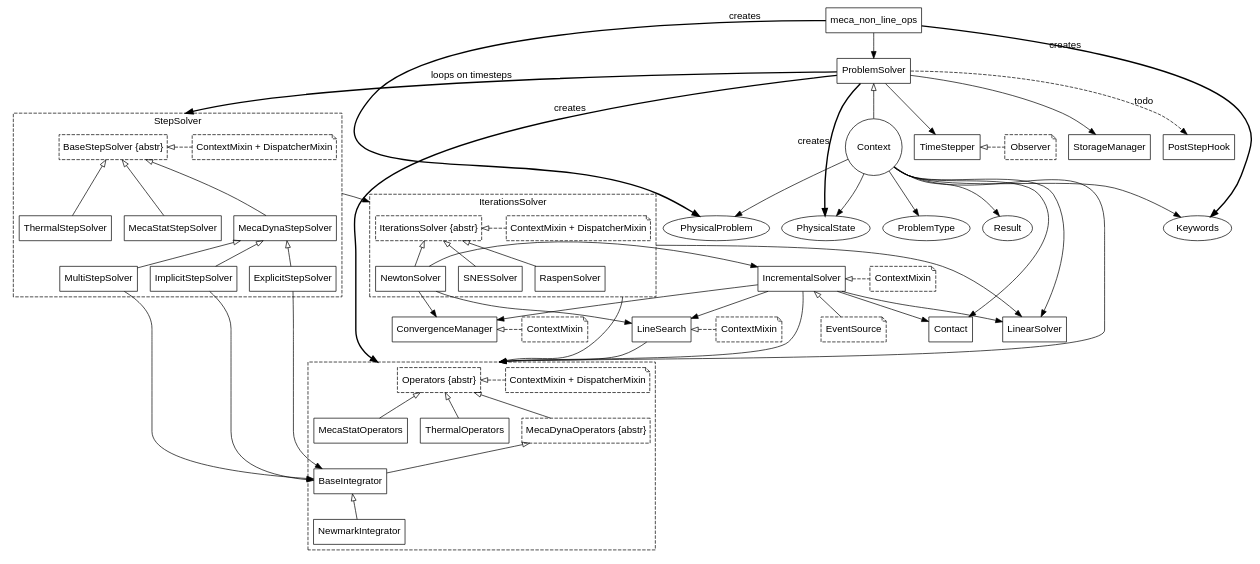
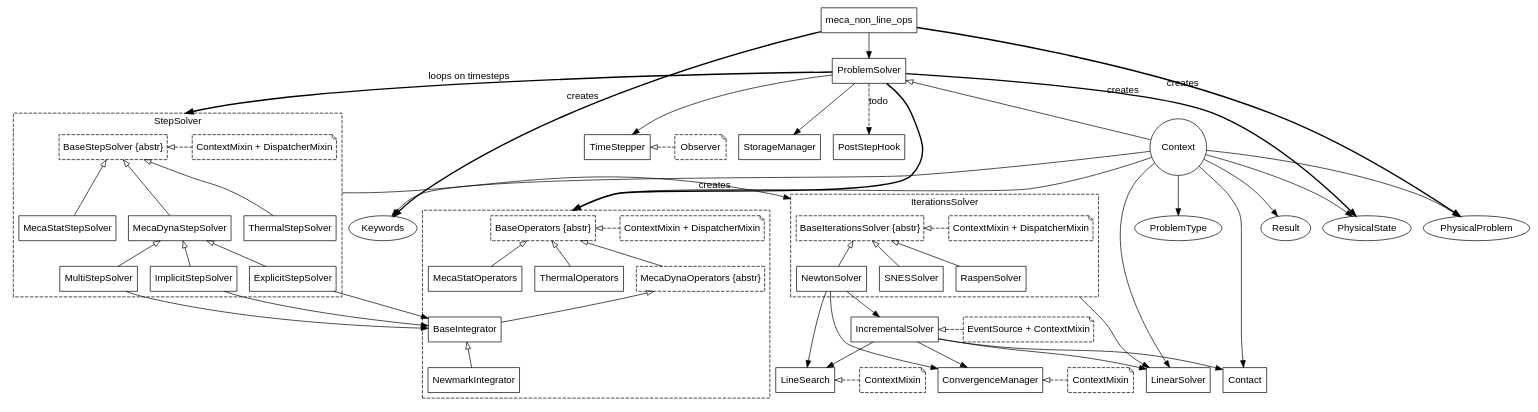
One commit to Krande/code-aster-copy changed the diagram in doc/img/mnl.dot. Above: the diagram before and after it, drawn with Graphviz. The commit also changed 25 other files, not shown here.

```diff
--- a/doc/img/mnl.dot
+++ b/doc/img/mnl.dot
@@ -1,174 +1,170 @@
 digraph MNL {
     compound = "true";
     // global+several pointers: circle
     // mixin: note, dashed
     // abstract: ' {abstr}', dashed
     labelloc = "t";
     fontname = "Helvetica,Arial,sans-serif";
     node [fontname = "Helvetica,Arial,sans-serif"; shape = "box";];
     edge [fontname = "Helvetica,Arial,sans-serif";];
     
     subgraph bases {
         keywords [label = "Keywords";shape = "ellipse";];
         problem [label = "PhysicalProblem";shape = "ellipse";];
         type [label = "ProblemType";shape = "ellipse";];
         state [label = "PhysicalState";shape = "ellipse";];
         result [label = "Result";shape = "ellipse";];
         contact [label = "Contact";];
         linsolv [label = "LinearSolver";];
         context [label = "Context";shape = "circle";];
         
         context -> problem;
         context -> type;
         context -> keywords;
         context -> state;
         context -> result;
         context -> operators [lhead = cluster_operators;];
         context -> contact;
         context -> linsolv;
     }
     
     mnl [label = "meca_non_line_ops";];
     pbsolv [label = "ProblemSolver";];
     timestepper [label = "TimeStepper";];
     storage [label = "StorageManager";];
     hook [label = "PostStepHook";];
     
     observ [label = "Observer";style = "dashed";shape = "note";];
-    event [label = "EventSource";style = "dashed";shape = "note";];
+    // event [label = "EventSource";style = "dashed";shape = "note";];
     
     subgraph cluster_operators {
         subgraph {
             rank = "same";
-            operators [label = "Operators {abstr}";style = "dashed";];
+            operators [label = "BaseOperators {abstr}";style = "dashed";];
             mixin_oper [label = "ContextMixin + DispatcherMixin";style = "dashed";shape = "note";];
             operators -> mixin_oper [dir = "back"; style = "dashed"; arrowtail = "empty";];
         }
         style = "dashed";
         subgraph {
             rank = "same";
             statopers [label = "MecaStatOperators";];
             theropers [label = "ThermalOperators";];
             dynopers [label = "MecaDynaOperators {abstr}";style = "dashed";];
         }
         integr [label = BaseIntegrator;];
         newmark [label = NewmarkIntegrator;];
         
         // subclasses
         operators -> statopers [dir = "back"; arrowtail = "empty";];
         operators -> dynopers [dir = "back"; arrowtail = "empty";];
         operators -> theropers [dir = "back"; arrowtail = "empty";];
         
         dynopers -> integr [dir = "back"; arrowtail = "empty";];
         integr -> newmark [dir = "back"; arrowtail = "empty";];
     }
     
     subgraph cluster_stepsolv {
         label = "StepSolver";
         style = "dashed";
         subgraph {
             rank = "same";
             mecastat [label = "MecaStatStepSolver";];
             mecadyn [label = "MecaDynaStepSolver";];
             ther [label = "ThermalStepSolver";];
         }
         subgraph {
             rank = "same";
             stepsolv [label = "BaseStepSolver {abstr}";style = "dashed";];
             mixin_step [label = "ContextMixin + DispatcherMixin";style = "dashed";shape = "note";];
             stepsolv -> mixin_step [dir = "back"; style = "dashed"; arrowtail = "empty";];
         }
         // subclasses
         stepsolv -> mecastat [dir = "back"; arrowtail = "empty";];
         stepsolv -> mecadyn [dir = "back"; arrowtail = "empty";];
         stepsolv -> ther [dir = "back"; arrowtail = "empty";];
         
         implicit [label = "ImplicitStepSolver";];
         explicit [label = "ExplicitStepSolver";];
         multi [label = "MultiStepSolver";];
         
         // subclasses
         mecadyn -> implicit [dir = "back"; arrowtail = "empty";];
         mecadyn -> explicit [dir = "back"; arrowtail = "empty";];
         mecadyn -> multi [dir = "back"; arrowtail = "empty";];
         
         implicit -> integr;
         explicit -> integr;
         multi -> integr;
     }
     
     subgraph cluster_iter_solv {
         label = IterationsSolver;
         style = "dashed";
         subgraph {
             rank = "same";
-            iter_solver [label = "IterationsSolver {abstr}";style = "dashed";];
+            iter_solver [label = "BaseIterationsSolver {abstr}";style = "dashed";];
             mixin_iter [label = "ContextMixin + DispatcherMixin";style = "dashed";shape = "note";];
             iter_solver -> mixin_iter [dir = "back"; style = "dashed"; arrowtail = "empty";];
         }
         // [style = invis]
         newton [label = "NewtonSolver";];
         snes [label = "SNESSolver";];
         raspen [label = "RaspenSolver";];
         
         iter_solver -> newton [dir = "back"; arrowtail = "empty";];
         iter_solver -> snes [dir = "back"; arrowtail = "empty";];
         iter_solver -> raspen [dir = "back"; arrowtail = "empty";];
     }
     
     mnl -> pbsolv;
     mnl -> keywords [xlabel = "creates"; style = "bold";];
     mnl -> problem [xlabel = "creates"; style = "bold";];
     
     pbsolv -> context [dir = "back"; arrowtail = "empty";];
     pbsolv -> state [xlabel = "creates"; style = "bold";];
     pbsolv -> operators [xlabel = "creates"; style = "bold"; lhead = cluster_operators;];
     pbsolv -> timestepper;
     pbsolv -> storage;
     pbsolv -> stepsolv [xlabel = "loops on timesteps"; lhead = cluster_stepsolv; style = "bold";];
     pbsolv -> hook [label = "todo"; style = "dashed";];
     
     stepsolv -> iter_solver [ltail = cluster_stepsolv; lhead = cluster_iter_solv;];
     
     iter_solver -> linsolv [ltail = cluster_iter_solv;];
-    iter_solver -> operators [ltail = cluster_iter_solv; lhead = cluster_operators;];
     
     newton -> incr_solv;
     newton -> linesearch;
     newton -> conv_manager;
     
     subgraph {
         rank = "same";
         incr_solv [label = "IncrementalSolver";];
-        mixin_incr [label = "ContextMixin";style = "dashed";shape = "note";];
+        mixin_incr [label = "EventSource + ContextMixin";style = "dashed";shape = "note";];
         incr_solv -> mixin_incr [dir = "back"; style = "dashed"; arrowtail = "empty";];
     }
     incr_solv -> linesearch;
     incr_solv -> contact;
-    incr_solv -> operators [lhead = cluster_operators;];
     incr_solv -> linsolv;
     incr_solv -> conv_manager;
-    incr_solv -> event [dir = "back"; arrowtail = "empty";];
     
     subgraph {
         rank = "same";
         linesearch [label = "LineSearch";];
         mixin_line [label = "ContextMixin";style = "dashed";shape = "note";];
         linesearch -> mixin_line [dir = "back"; style = "dashed"; arrowtail = "empty";];
     }
-    linesearch -> operators [lhead = cluster_operators;];
     
     subgraph {
         rank = "same";
         conv_manager [label = "ConvergenceManager";];
         mixin_conv [label = "ContextMixin";style = "dashed";shape = "note";];
         conv_manager -> mixin_conv [dir = "back"; style = "dashed"; arrowtail = "empty";];
     }
     
     subgraph {
         rank = "same";
         timestepper -> observ [dir = "back"; style = "dashed"; arrowtail = "empty";];
     }
     // placement
     // timestepper -> stepsolv [style = "invis";];
 }
```
